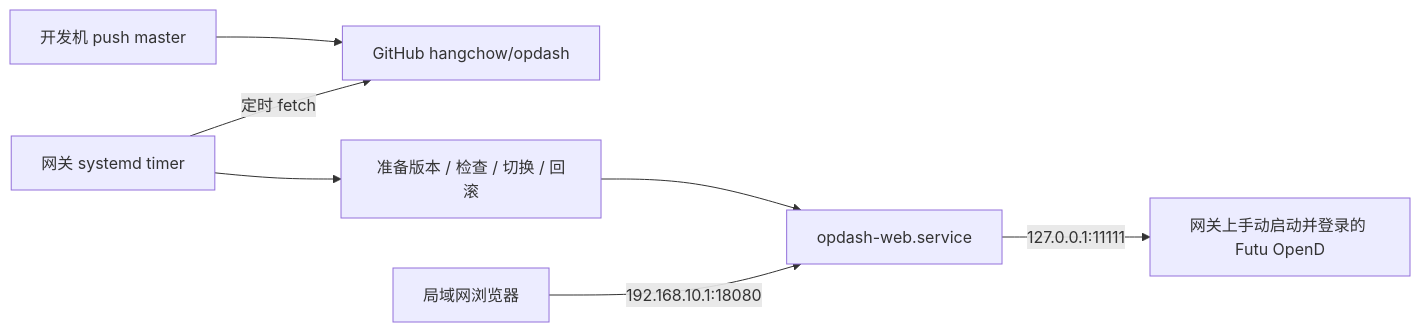
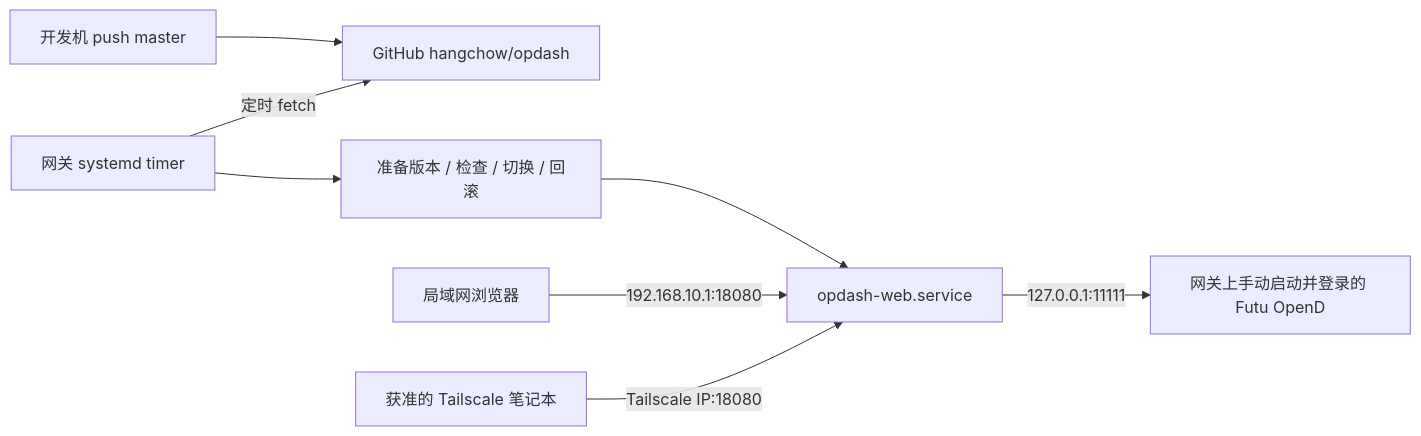
Before and after one commit to hangchow/opdash: the diagram in docs/deployment.md, drawn with Mermaid. The commit also changed other lines of this file and 3 other files, not shown here.

````diff
--- a/docs/deployment.md
+++ b/docs/deployment.md
@@ -11,9 +11,10 @@
 ```mermaid
 flowchart LR
     Dev[开发机 push master] --> Git[GitHub hangchow/opdash]
     Timer[网关 systemd timer] -->|定时 fetch| Git
     Timer --> Deploy[准备版本 / 检查 / 切换 / 回滚]
     Deploy --> App[opdash-web.service]
     Browser[局域网浏览器] -->|192.168.10.1:18080| App
+    Laptop[获准的 Tailscale 笔记本] -->|Tailscale IP:18080| App
     App -->|127.0.0.1:11111| OpenD[网关上手动启动并登录的 Futu OpenD]
 ```
````
